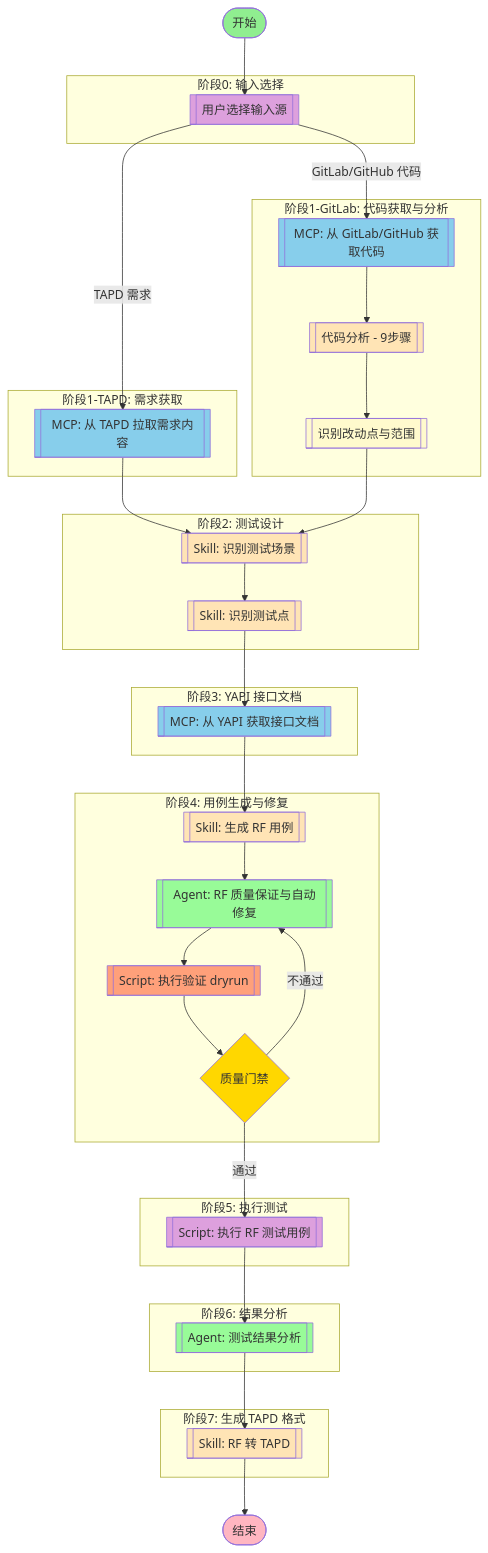
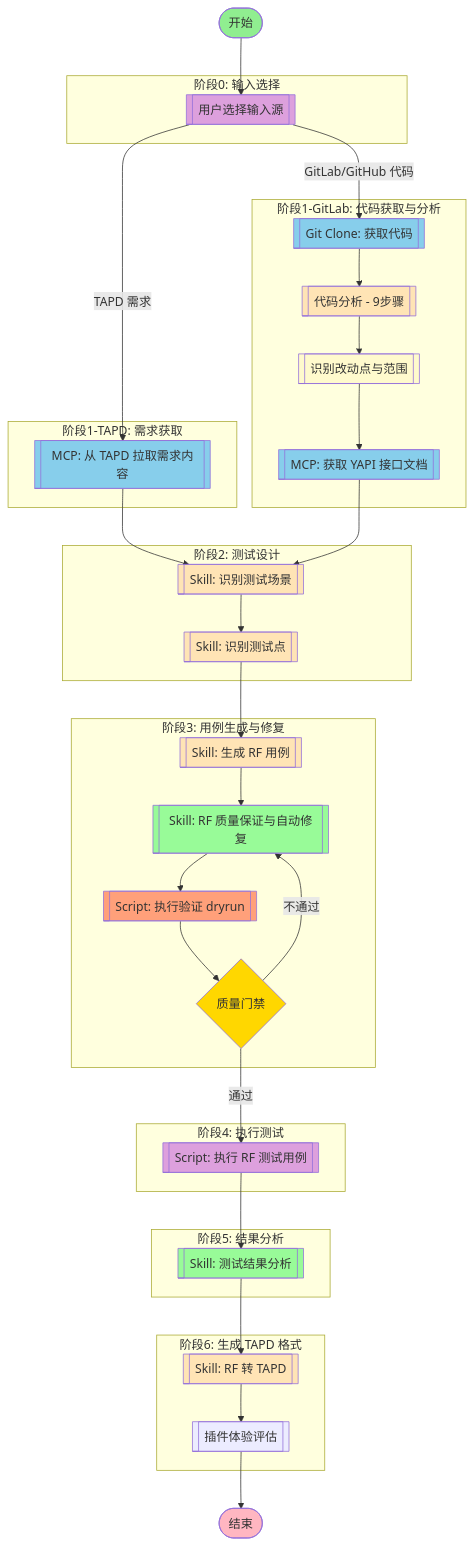
The diagram in 05-plugins/rf-testing/workflows/full-test-pipeline.md (JoeyTrribbiani/rf-testing-plugin), drawn with Mermaid before and after one commit. The commit also changed other lines of this file and 24 other files, not shown here.

````diff
--- a/05-plugins/rf-testing/workflows/full-test-pipeline.md
+++ b/05-plugins/rf-testing/workflows/full-test-pipeline.md
@@ -17,9 +25,10 @@
     end
 
     subgraph 阶段1_GitLab["阶段1-GitLab: 代码获取与分析"]
-        mcp_gitlab[[MCP: 从 GitLab/GitHub 获取代码]]
+        mcp_gitlab[[Git Clone: 获取代码]]
         code_analysis[[代码分析 - 9步骤]]
         change_detect[[识别改动点与范围]]
+        mcp_yapi_gitlab[[MCP: 获取 YAPI 接口文档]]
     end
 
     subgraph 阶段2["阶段2: 测试设计"]
@@ -27,27 +36,24 @@
         skill_points[[Skill: 识别测试点]]
     end
 
-    subgraph 阶段3["阶段3: YAPI 接口文档"]
-        mcp_yapi[[MCP: 从 YAPI 获取接口文档]]
-    end
-
-    subgraph 阶段4["阶段4: 用例生成与修复"]
+    subgraph 阶段3["阶段3: 用例生成与修复"]
         skill_generation[[Skill: 生成 RF 用例]]
-        agent_rf_qa[[Agent: RF 质量保证与自动修复]]
+        skill_rf_qa[[Skill: RF 质量保证与自动修复]]
         script_validate[[Script: 执行验证 dryrun]]
         decision_quality{质量门禁}
     end
 
-    subgraph 阶段5["阶段5: 执行测试"]
+    subgraph 阶段4["阶段4: 执行测试"]
         script_execute[[Script: 执行 RF 测试用例]]
     end
 
-    subgraph 阶段6["阶段6: 结果分析"]
-        agent_results[[Agent: 测试结果分析]]
+    subgraph 阶段5["阶段5: 结果分析"]
+        skill_results[[Skill: 测试结果分析]]
     end
 
-    subgraph 阶段7["阶段7: 生成 TAPD 格式"]
+    subgraph 阶段6["阶段6: 生成 TAPD 格式"]
         skill_conversion[[Skill: RF 转 TAPD]]
+        plugin_feedback[[插件体验评估]]
     end
 
     start_node --> input_select
@@ -56,34 +62,35 @@
     mcp_fetch --> skill_scenario
     mcp_gitlab --> code_analysis
     code_analysis --> change_detect
-    change_detect --> skill_scenario
+    change_detect --> mcp_yapi_gitlab
+    mcp_yapi_gitlab --> skill_scenario
     skill_scenario --> skill_points
-    skill_points --> mcp_yapi
-    mcp_yapi --> skill_generation
-    skill_generation --> agent_rf_qa
-    agent_rf_qa --> script_validate
+    skill_points --> skill_generation
+    skill_generation --> skill_rf_qa
+    skill_rf_qa --> script_validate
     script_validate --> decision_quality
     decision_quality -->|通过| script_execute
-    decision_quality -->|不通过| agent_rf_qa
-    script_execute --> agent_results
-    agent_results --> skill_conversion
-    skill_conversion --> end_node
+    decision_quality -->|不通过| skill_rf_qa
+    script_execute --> skill_results
+    skill_results --> skill_conversion
+    skill_conversion --> plugin_feedback
+    plugin_feedback --> end_node
 
     style start_node fill:#90EE90
     style end_node fill:#FFB6C1
     style input_select fill:#DDA0DD
     style mcp_fetch fill:#87CEEB
     style mcp_gitlab fill:#87CEEB
-    style mcp_yapi fill:#87CEEB
+    style mcp_yapi_gitlab fill:#87CEEB
     style code_analysis fill:#FFE4B5
     style change_detect fill:#FFFACD
     style skill_scenario fill:#FFE4B5
     style skill_points fill:#FFE4B5
     style skill_generation fill:#FFE4B5
-    style agent_rf_qa fill:#98FB98
+    style skill_rf_qa fill:#98FB98
     style script_validate fill:#FFA07A
     style decision_quality fill:#FFD700
     style script_execute fill:#DDA0DD
-    style agent_results fill:#98FB98
+    style skill_results fill:#98FB98
     style skill_conversion fill:#FFE4B5
 ```
````
